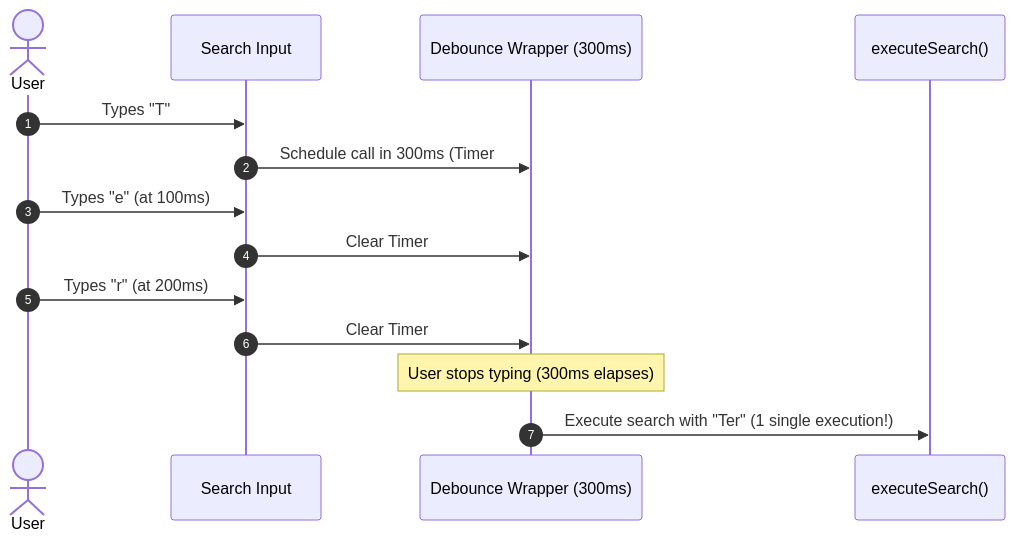
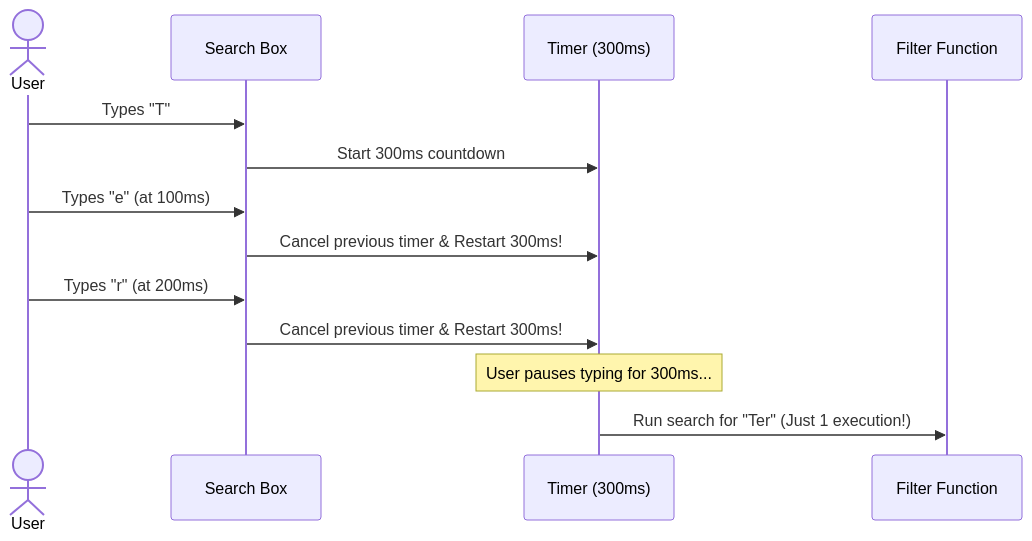
The seventh of 7 diagrams in full_stack_development_class_notes/Week 8_ The DOM, Events & Browser APIs.md (ajibolagenius/LagosDataSchool), drawn with Mermaid before and after one commit. The commit also changed other lines of this file and 20 other files, not shown here.

````diff
--- a/full_stack_development_class_notes/Week 8_ The DOM, Events & Browser APIs.md
+++ b/full_stack_development_class_notes/Week 8_ The DOM, Events & Browser APIs.md
@@ -177,17 +398,16 @@
 ```mermaid
 sequenceDiagram
-    autonumber
     actor User
-    participant Input as Search Input
-    participant Debounce as Debounce Wrapper (300ms)
-    participant Search as executeSearch()
+    participant Input as Search Box
+    participant Timer as Timer (300ms)
+    participant Filter as Filter Function
 
     User->>Input: Types "T"
-    Input->>Debounce: Schedule call in 300ms (Timer #1)
+    Input->>Timer: Start 300ms countdown
     User->>Input: Types "e" (at 100ms)
-    Input->>Debounce: Clear Timer #1, Schedule Timer #2 in 300ms
+    Input->>Timer: Cancel previous timer & Restart 300ms!
     User->>Input: Types "r" (at 200ms)
-    Input->>Debounce: Clear Timer #2, Schedule Timer #3 in 300ms
-    Note over Debounce: User stops typing (300ms elapses)
-    Debounce->>Search: Execute search with "Ter" (1 single execution!)
+    Input->>Timer: Cancel previous timer & Restart 300ms!
+    Note over Timer: User pauses typing for 300ms...
+    Timer->>Filter: Run search for "Ter" (Just 1 execution!)
 ```
````
